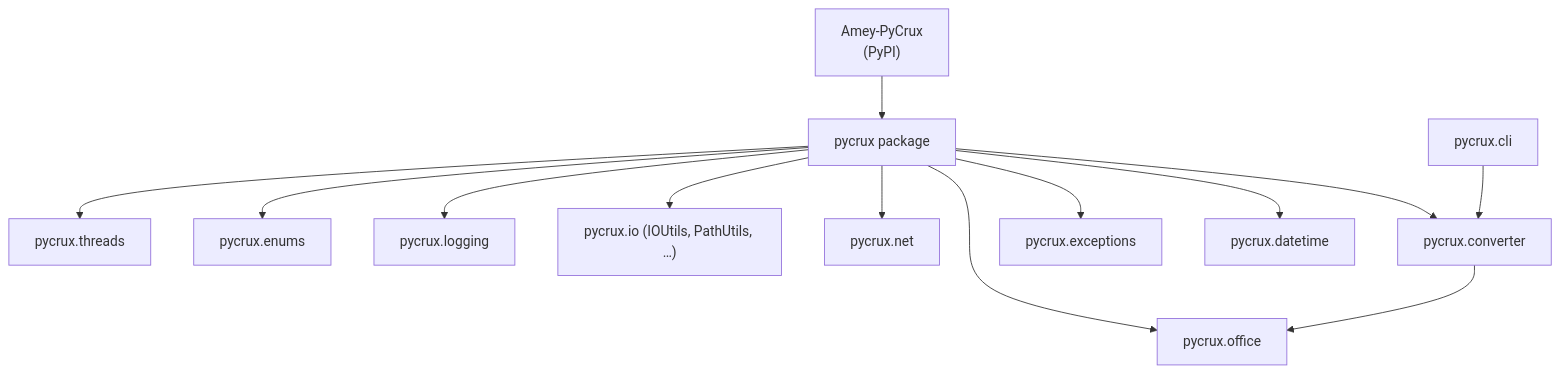
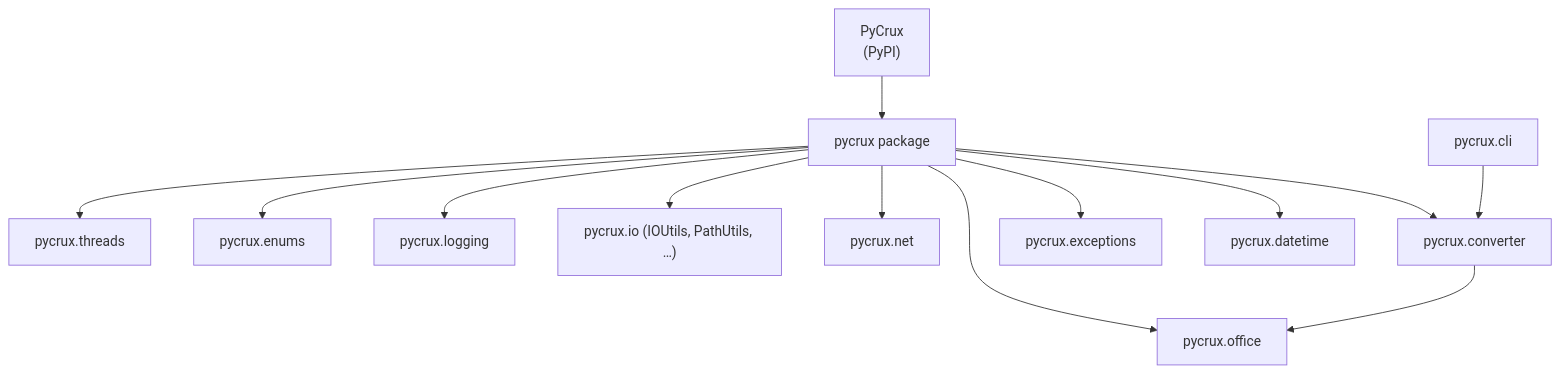
Before and after one commit to rslakra/PySuite: the first of 2 diagrams in PyCrux/README.md, drawn with Mermaid. The commit also changed other lines of this file and 13 other files, not shown here.

````diff
--- a/PyCrux/README.md
+++ b/PyCrux/README.md
@@ -325,15 +325,15 @@
 ```mermaid
 flowchart TB
-  PKG["Amey-PyCrux\n(PyPI)"] --> PS["pycrux package"]
+  PKG["PyCrux\n(PyPI)"] --> PS["pycrux package"]
   PS --> CTX["pycrux.threads"]
   PS --> ENUM["pycrux.enums"]
   PS --> LOG["pycrux.logging"]
   PS --> IO["pycrux.io (IOUtils, PathUtils, …)"]
   PS --> NET["pycrux.net"]
   PS --> CONV["pycrux.converter"]
   PS --> EXC["pycrux.exceptions"]
   PS --> DT["pycrux.datetime"]
   PS --> OFF["pycrux.office"]
   CLI["pycrux.cli"] --> CONV
   CONV --> OFF
 ```
````
